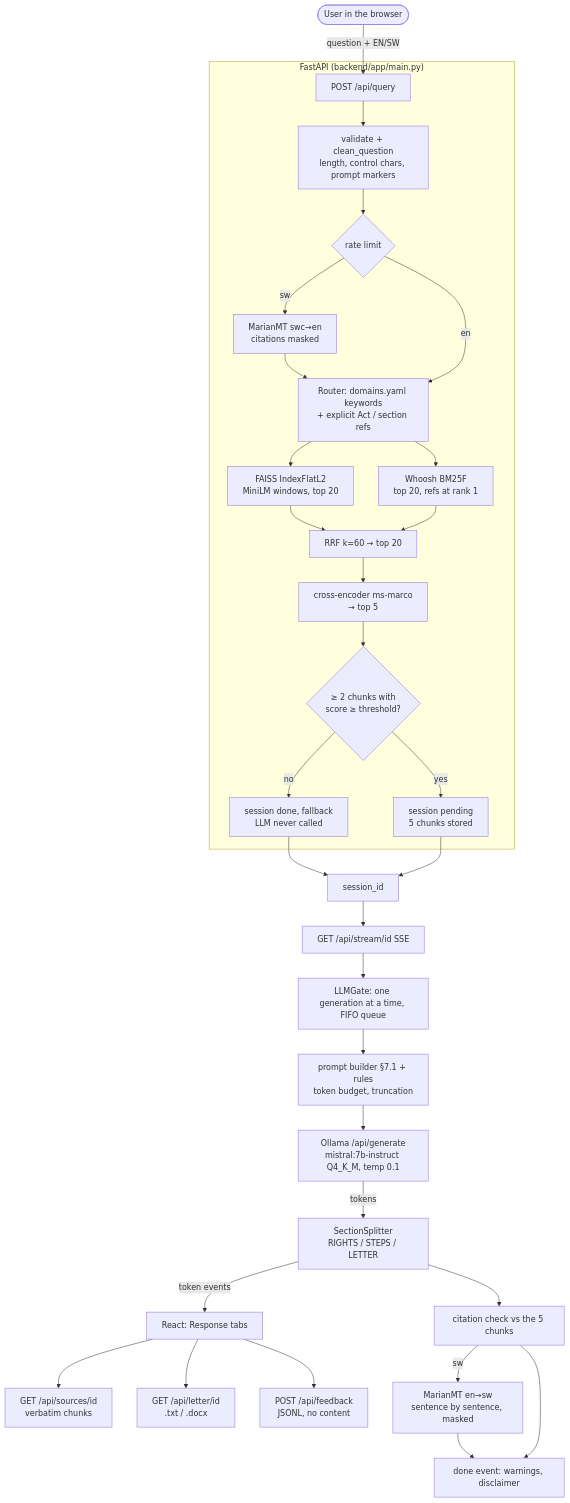
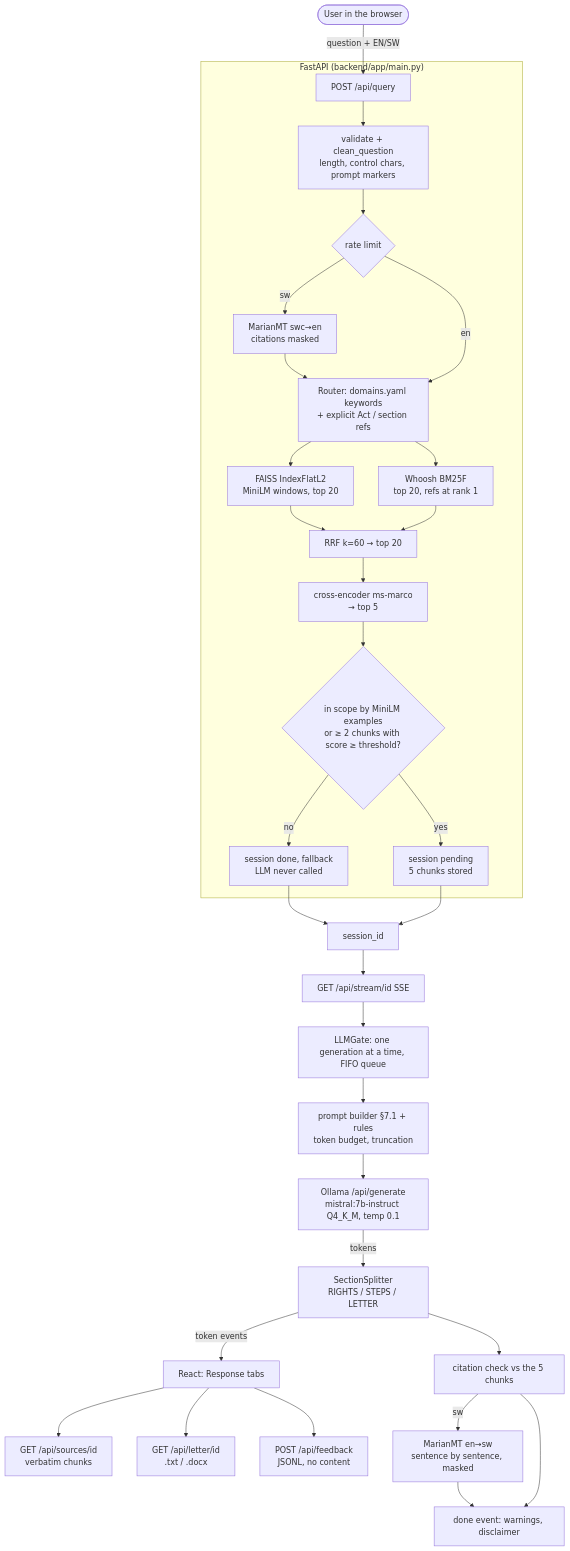
One commit to raykl640/ICS-PROJECT changed the first of 2 diagrams in docs/ARCHITECTURE_AS_BUILT.md. Above: the diagram before and after it, drawn with Mermaid. The commit also changed other lines of this file and 16 other files, not shown here.

````diff
--- a/docs/ARCHITECTURE_AS_BUILT.md
+++ b/docs/ARCHITECTURE_AS_BUILT.md
@@ -9,34 +9,34 @@
 ```mermaid
 flowchart TD
     U([User in the browser]) -->|question + EN/SW| Q[POST /api/query]
     subgraph API["FastAPI (backend/app/main.py)"]
         Q --> V[validate + clean_question<br/>length, control chars, prompt markers]
         V --> RL{rate limit}
         RL -->|sw| T1[MarianMT swc→en<br/>citations masked]
         RL -->|en| R
         T1 --> R[Router: domains.yaml keywords<br/>+ explicit Act / section refs]
         R --> D[FAISS IndexFlatL2<br/>MiniLM windows, top 20]
         R --> S[Whoosh BM25F<br/>top 20, refs at rank 1]
         D --> F[RRF k=60 → top 20]
         S --> F
         F --> X[cross-encoder ms-marco<br/>→ top 5]
-        X --> C{≥ 2 chunks with<br/>score ≥ threshold?}
+        X --> C{in scope by MiniLM examples<br/>or ≥ 2 chunks with score ≥ threshold?}
         C -->|no| N[session done, fallback<br/>LLM never called]
         C -->|yes| P[session pending<br/>5 chunks stored]
     end
     N --> SID[session_id]
     P --> SID
     SID --> ST[GET /api/stream/id  SSE]
     ST --> G[LLMGate: one generation at a time, FIFO queue]
     G --> PB[prompt builder §7.1 + rules<br/>token budget, truncation]
     PB --> O[Ollama /api/generate<br/>mistral:7b-instruct Q4_K_M, temp 0.1]
     O -->|tokens| SP[SectionSplitter<br/>RIGHTS / STEPS / LETTER]
     SP -->|token events| UI[React: Response tabs]
     SP --> CC[citation check vs the 5 chunks]
     CC -->|sw| T2[MarianMT en→sw<br/>sentence by sentence, masked]
     CC --> DONE[done event: warnings, disclaimer]
     T2 --> DONE
     UI --> SRC[GET /api/sources/id<br/>verbatim chunks]
     UI --> LET[GET /api/letter/id<br/>.txt / .docx]
     UI --> FB[POST /api/feedback<br/>JSONL, no content]
 ```
````
